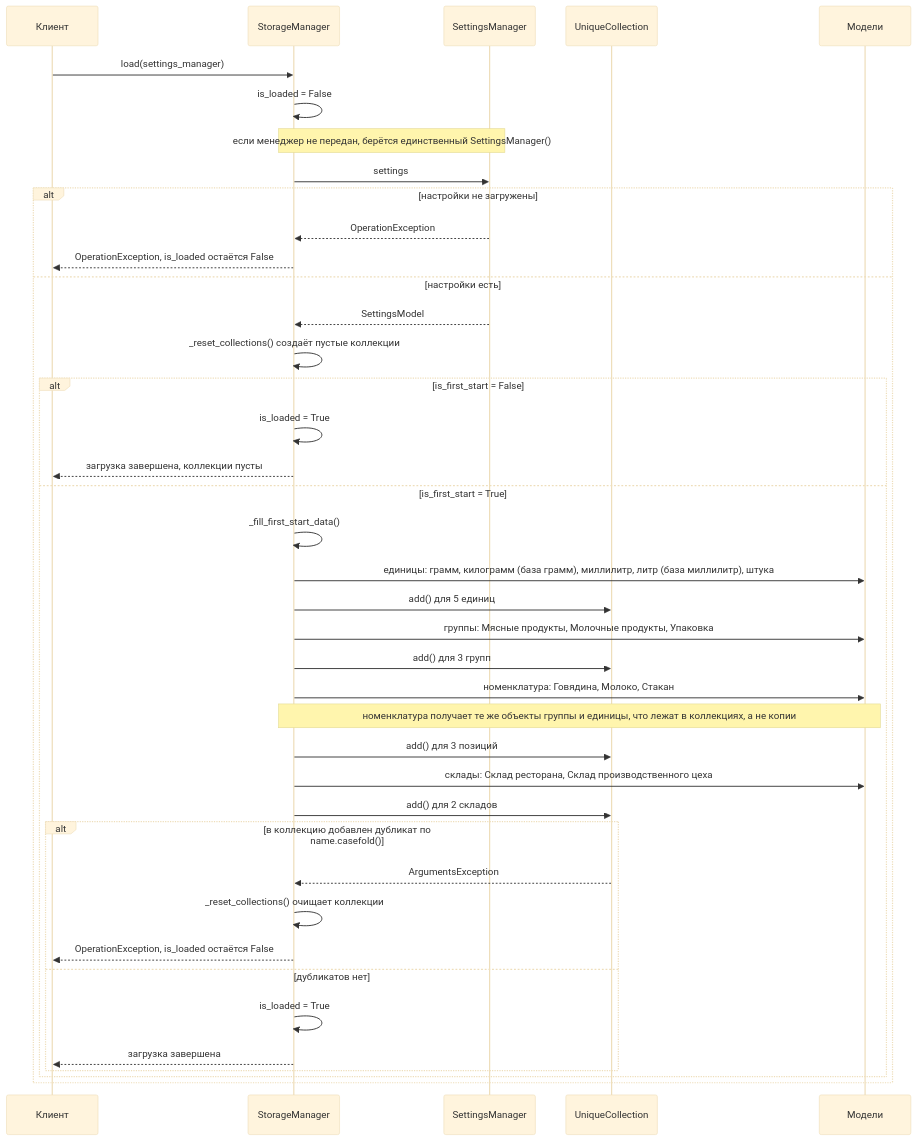
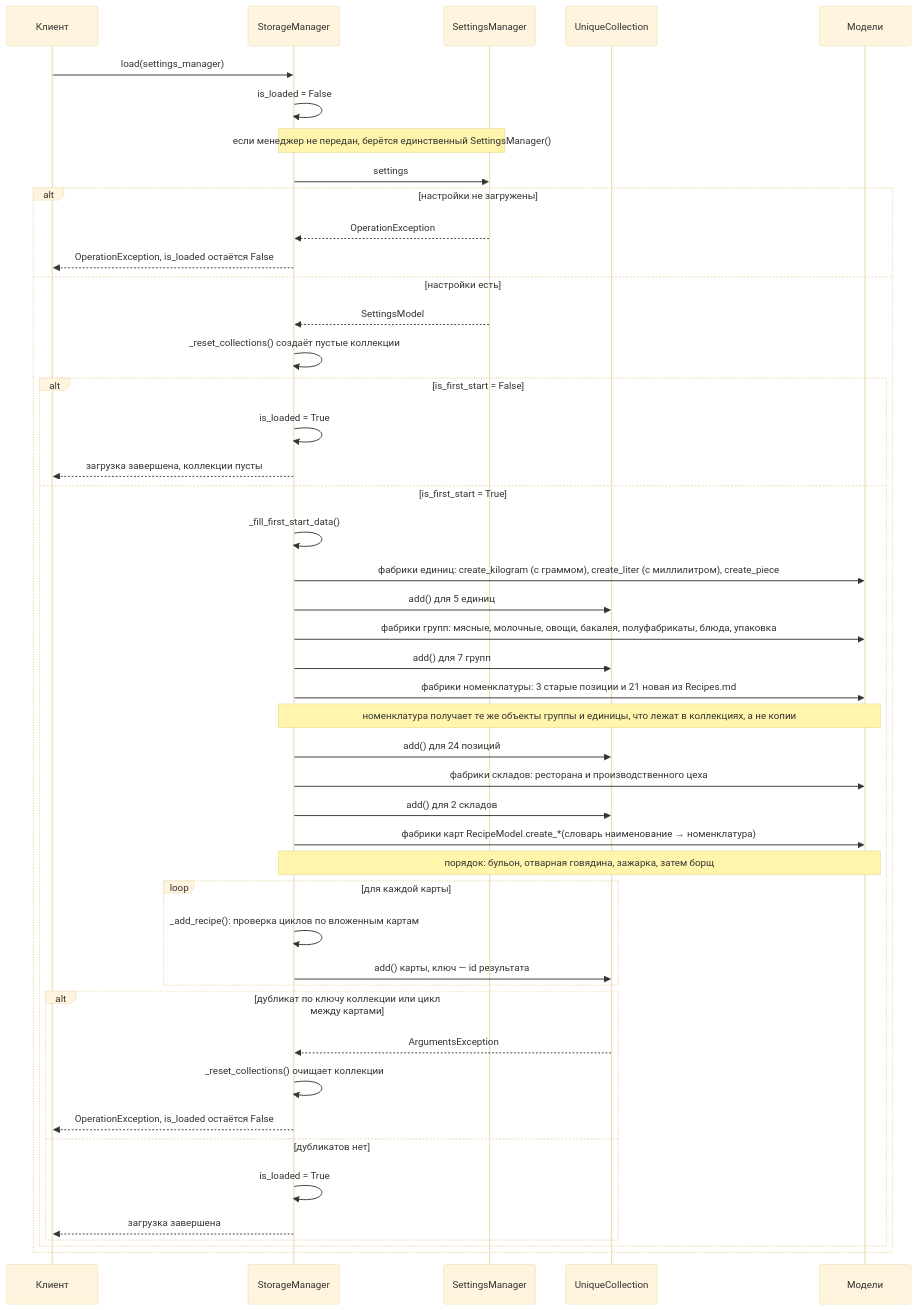
One commit to asutenshi/design-patterns changed the third of 3 diagrams in Docs/SequenceDiagram.md. Above: the diagram before and after it, drawn with Mermaid (base theme). The commit also changed 5 other files, not shown here.

````diff
--- a/Docs/SequenceDiagram.md
+++ b/Docs/SequenceDiagram.md
@@ -93,43 +93,49 @@
 ```mermaid
 sequenceDiagram
     participant K as Клиент
     participant St as StorageManager
     participant Se as SettingsManager
     participant C as UniqueCollection
     participant M as Модели
 
     K->>St: load(settings_manager)
     St->>St: is_loaded = False
     Note over St,Se: если менеджер не передан, берётся единственный SettingsManager()
     St->>Se: settings
     alt настройки не загружены
         Se-->>St: OperationException
         St-->>K: OperationException, is_loaded остаётся False
     else настройки есть
         Se-->>St: SettingsModel
         St->>St: _reset_collections() создаёт пустые коллекции
         alt is_first_start = False
             St->>St: is_loaded = True
             St-->>K: загрузка завершена, коллекции пусты
         else is_first_start = True
             St->>St: _fill_first_start_data()
-            St->>M: единицы: грамм, килограмм (база грамм), миллилитр, литр (база миллилитр), штука
+            St->>M: фабрики единиц: create_kilogram (с граммом), create_liter (с миллилитром), create_piece
             St->>C: add() для 5 единиц
-            St->>M: группы: Мясные продукты, Молочные продукты, Упаковка
-            St->>C: add() для 3 групп
-            St->>M: номенклатура: Говядина, Молоко, Стакан
+            St->>M: фабрики групп: мясные, молочные, овощи, бакалея, полуфабрикаты, блюда, упаковка
+            St->>C: add() для 7 групп
+            St->>M: фабрики номенклатуры: 3 старые позиции и 21 новая из Recipes.md
             Note over St,M: номенклатура получает те же объекты группы и единицы, что лежат в коллекциях, а не копии
-            St->>C: add() для 3 позиций
-            St->>M: склады: Склад ресторана, Склад производственного цеха
+            St->>C: add() для 24 позиций
+            St->>M: фабрики складов: ресторана и производственного цеха
             St->>C: add() для 2 складов
-            alt в коллекцию добавлен дубликат по name.casefold()
+            St->>M: фабрики карт RecipeModel.create_*(словарь наименование → номенклатура)
+            Note over St,M: порядок: бульон, отварная говядина, зажарка, затем борщ
+            loop для каждой карты
+                St->>St: _add_recipe(): проверка циклов по вложенным картам
+                St->>C: add() карты, ключ — id результата
+            end
+            alt дубликат по ключу коллекции или цикл между картами
                 C-->>St: ArgumentsException
                 St->>St: _reset_collections() очищает коллекции
                 St-->>K: OperationException, is_loaded остаётся False
             else дубликатов нет
                 St->>St: is_loaded = True
                 St-->>K: загрузка завершена
             end
         end
     end
 ```
````
